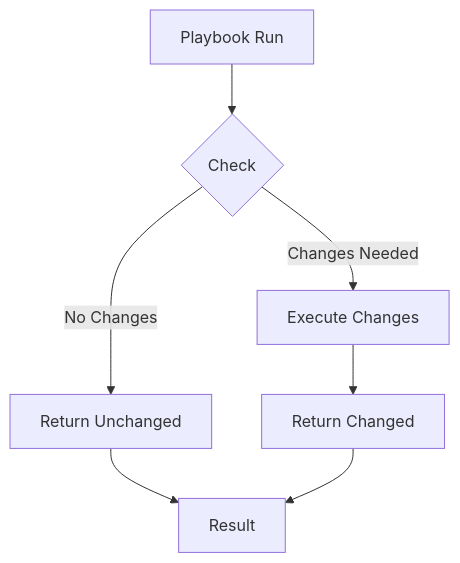
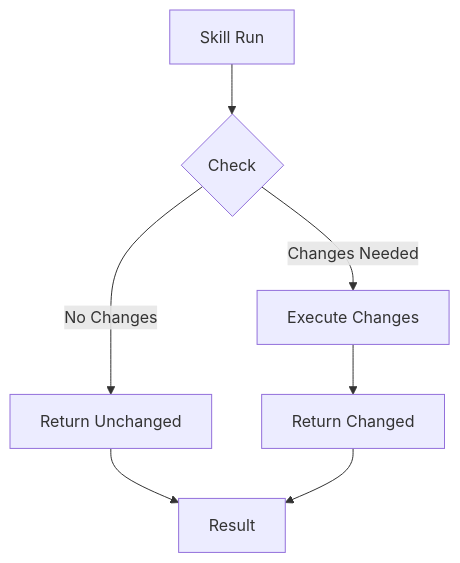
Before and after one commit to dracory/ork: diagram 11 of 12 in docs/livewiki/architecture.md, drawn with Mermaid. The commit also changed other lines of this file and 20 other files, not shown here.

````diff
--- a/docs/livewiki/architecture.md
+++ b/docs/livewiki/architecture.md
@@ -371,9 +405,9 @@
 ```mermaid
 graph TD
-    A[Playbook Run] --> B{Check}
+    A[Skill Run] --> B{Check}
     B -->|Changes Needed| C[Execute Changes]
     B -->|No Changes| D[Return Unchanged]
     C --> E[Return Changed]
     D --> F[Result]
     E --> F
 ```
````
